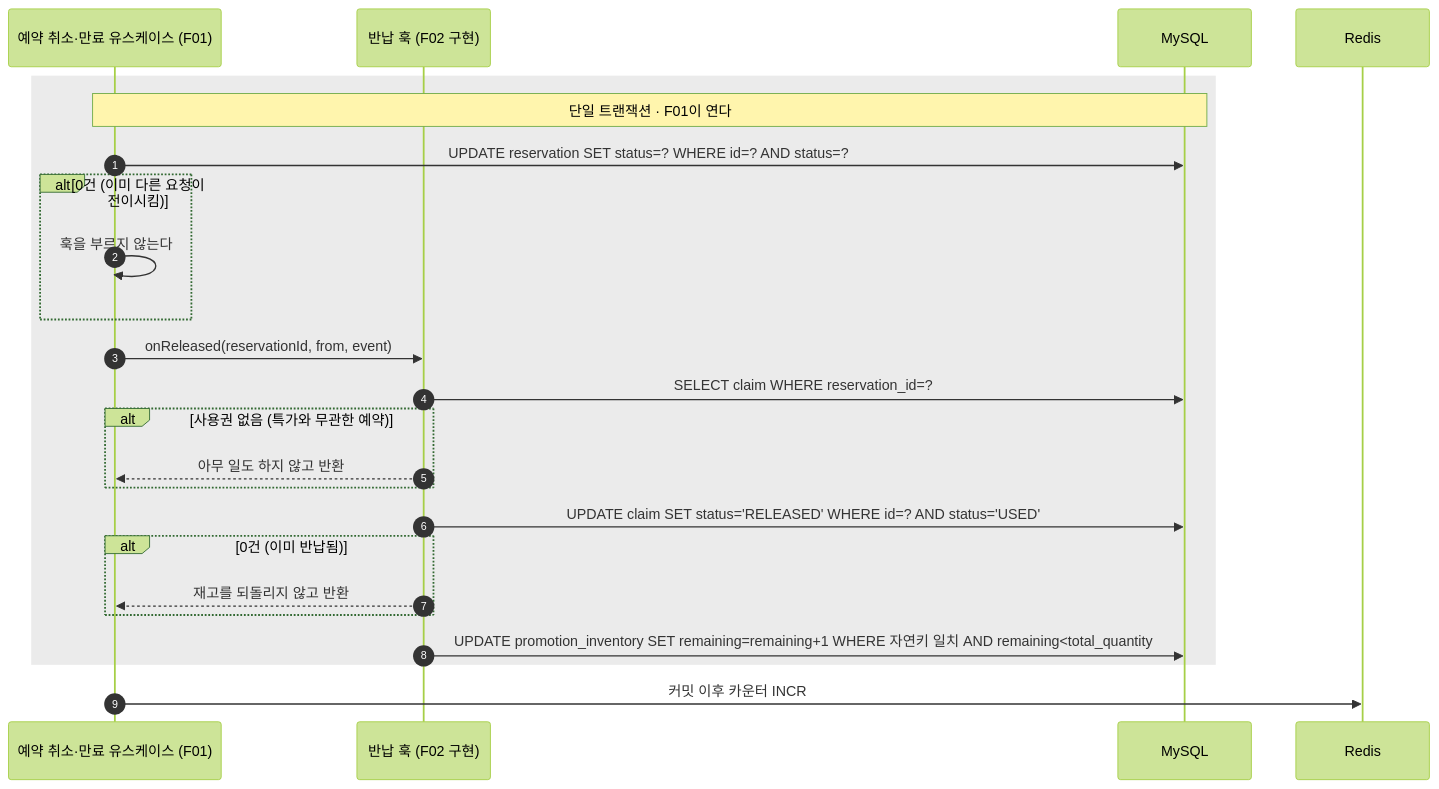
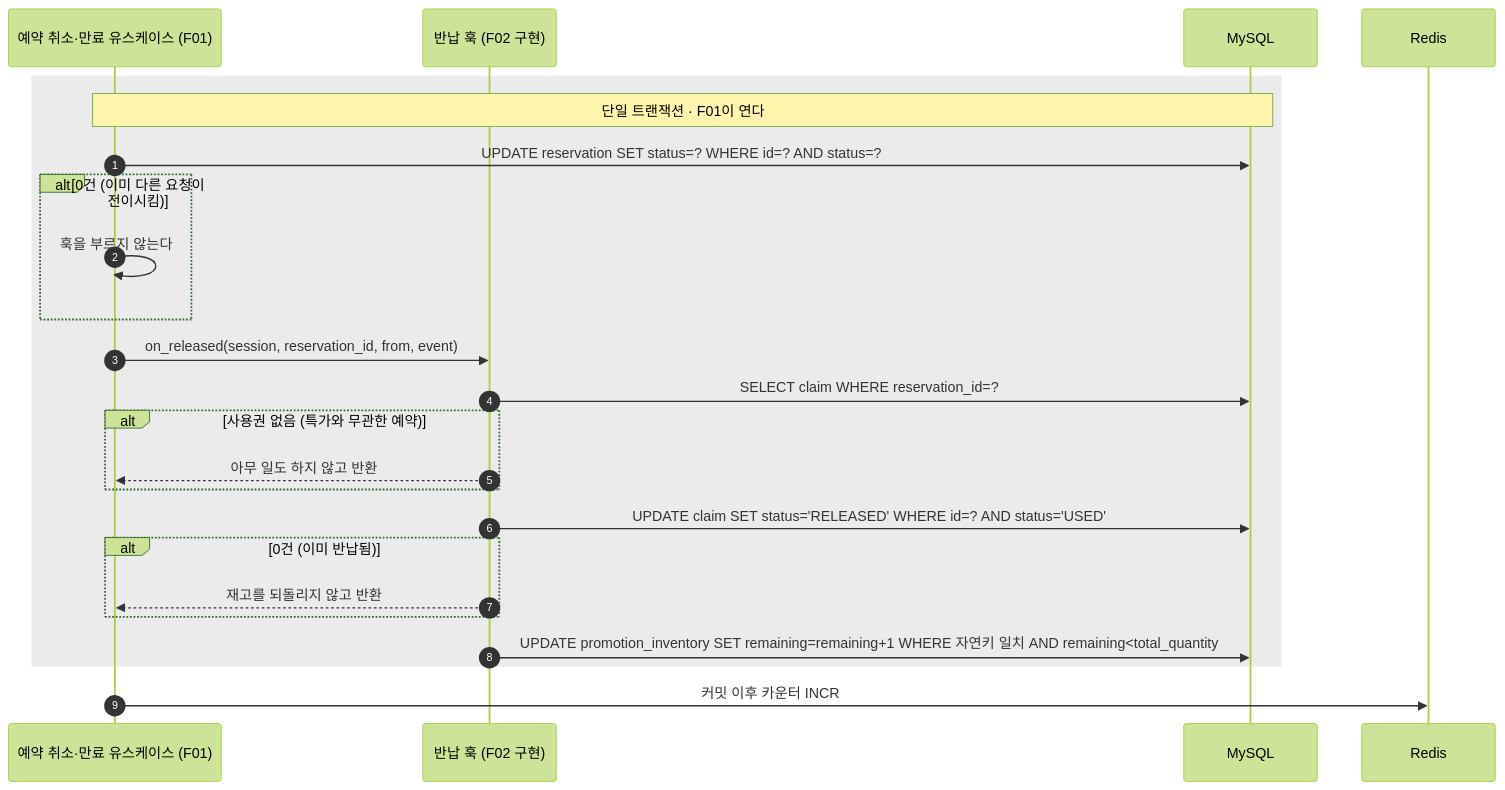
The fifth of 5 diagrams in docs/spec/F02-선착순-프로모션.md (Diocto/pms), drawn with Mermaid (forest theme) before and after one commit. The commit also changed other lines of this file and 1 other file, not shown here.

````diff
--- a/docs/spec/F02-선착순-프로모션.md
+++ b/docs/spec/F02-선착순-프로모션.md
@@ -609,27 +695,27 @@
 ```mermaid
 sequenceDiagram
     autonumber
     participant F1 as 예약 취소·만료 유스케이스 (F01)
     participant H as 반납 훅 (F02 구현)
     participant DB as MySQL
     participant R as Redis
 
     rect rgb(235, 235, 235)
         note over F1,DB: 단일 트랜잭션 · F01이 연다
         F1->>DB: UPDATE reservation SET status=? WHERE id=? AND status=?
         alt 0건 (이미 다른 요청이 전이시킴)
             F1->>F1: 훅을 부르지 않는다
         end
-        F1->>H: onReleased(reservationId, from, event)
+        F1->>H: on_released(session, reservation_id, from, event)
         H->>DB: SELECT claim WHERE reservation_id=?
         alt 사용권 없음 (특가와 무관한 예약)
             H-->>F1: 아무 일도 하지 않고 반환
         end
         H->>DB: UPDATE claim SET status='RELEASED' WHERE id=? AND status='USED'
         alt 0건 (이미 반납됨)
             H-->>F1: 재고를 되돌리지 않고 반환
         end
         H->>DB: UPDATE promotion_inventory SET remaining=remaining+1 WHERE 자연키 일치 AND remaining<total_quantity
     end
     F1->>R: 커밋 이후 카운터 INCR
 ```
````
